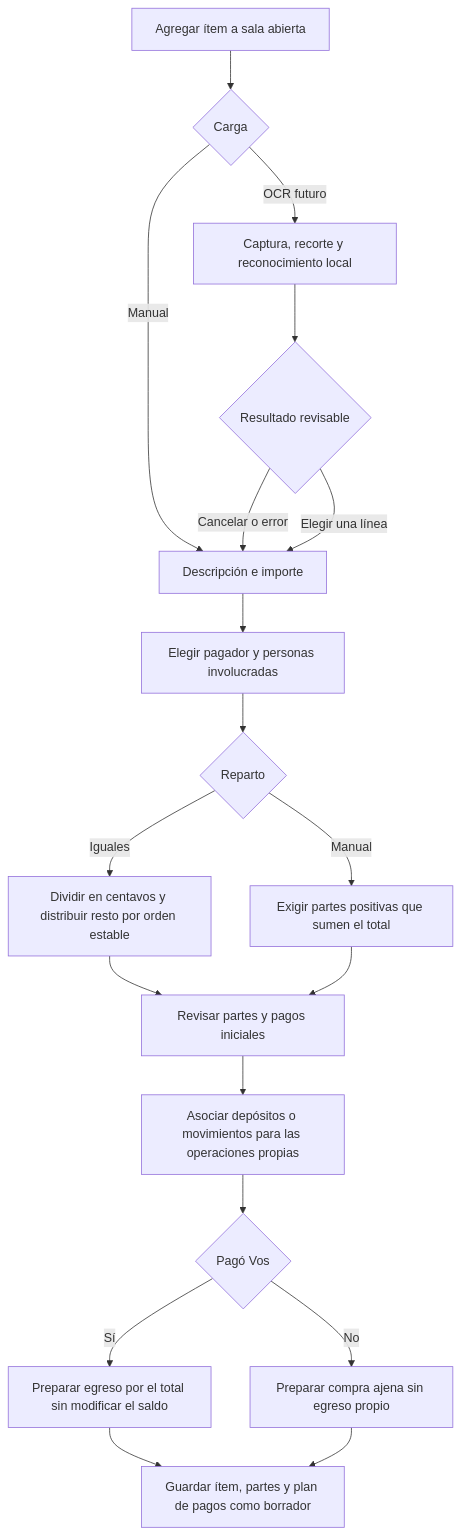
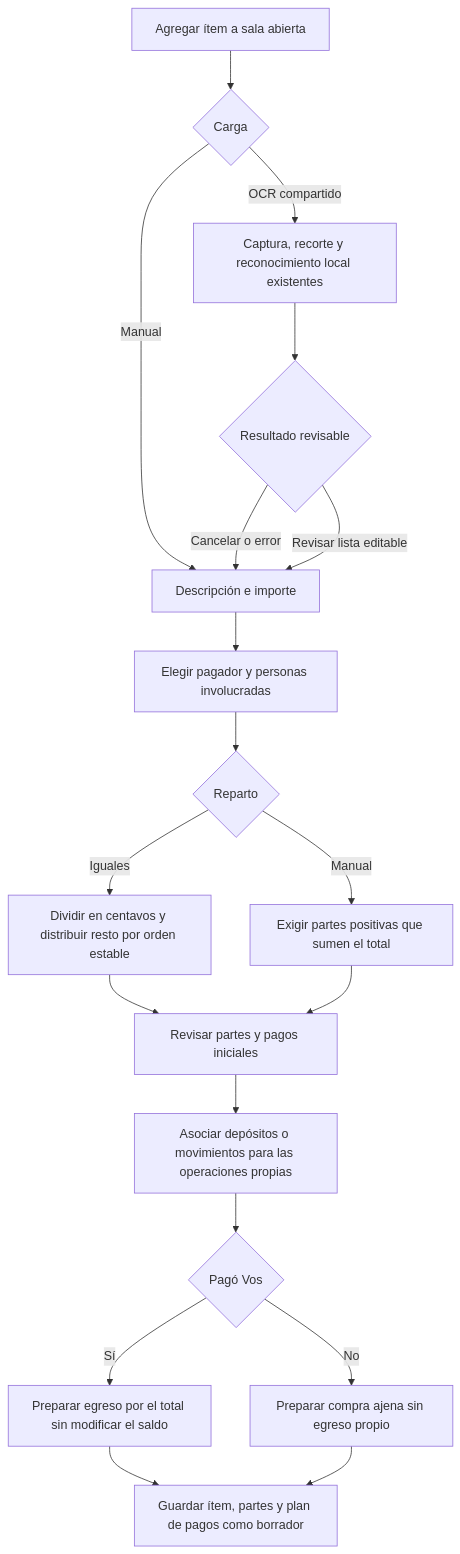
One commit to thiagosalaberryj-bit/APP-AHRE changed the first of 3 diagrams in docs/diagramas/social/expenses-and-payments.md. Above: the diagram before and after it, drawn with Mermaid. The commit also changed other lines of this file and 38 other files, not shown here.

````diff
--- a/docs/diagramas/social/expenses-and-payments.md
+++ b/docs/diagramas/social/expenses-and-payments.md
@@ -5,21 +5,21 @@
 ```mermaid
 flowchart TD
   A[Agregar ítem a sala abierta] --> B{Carga}
   B -->|Manual| C[Descripción e importe]
-  B -->|OCR futuro| D[Captura, recorte y reconocimiento local]
+  B -->|OCR compartido| D[Captura, recorte y reconocimiento local existentes]
   D --> E{Resultado revisable}
   E -->|Cancelar o error| C
-  E -->|Elegir una línea| C
+  E -->|Revisar lista editable| C
   C --> F[Elegir pagador y personas involucradas]
   F --> G{Reparto}
   G -->|Iguales| H[Dividir en centavos y distribuir resto por orden estable]
   G -->|Manual| I[Exigir partes positivas que sumen el total]
   H --> J[Revisar partes y pagos iniciales]
   I --> J
   J --> K[Asociar depósitos o movimientos para las operaciones propias]
   K --> L{Pagó Vos}
   L -->|Sí| M[Preparar egreso por el total sin modificar el saldo]
   L -->|No| N[Preparar compra ajena sin egreso propio]
   M --> O[Guardar ítem, partes y plan de pagos como borrador]
   N --> O
 ```
````
